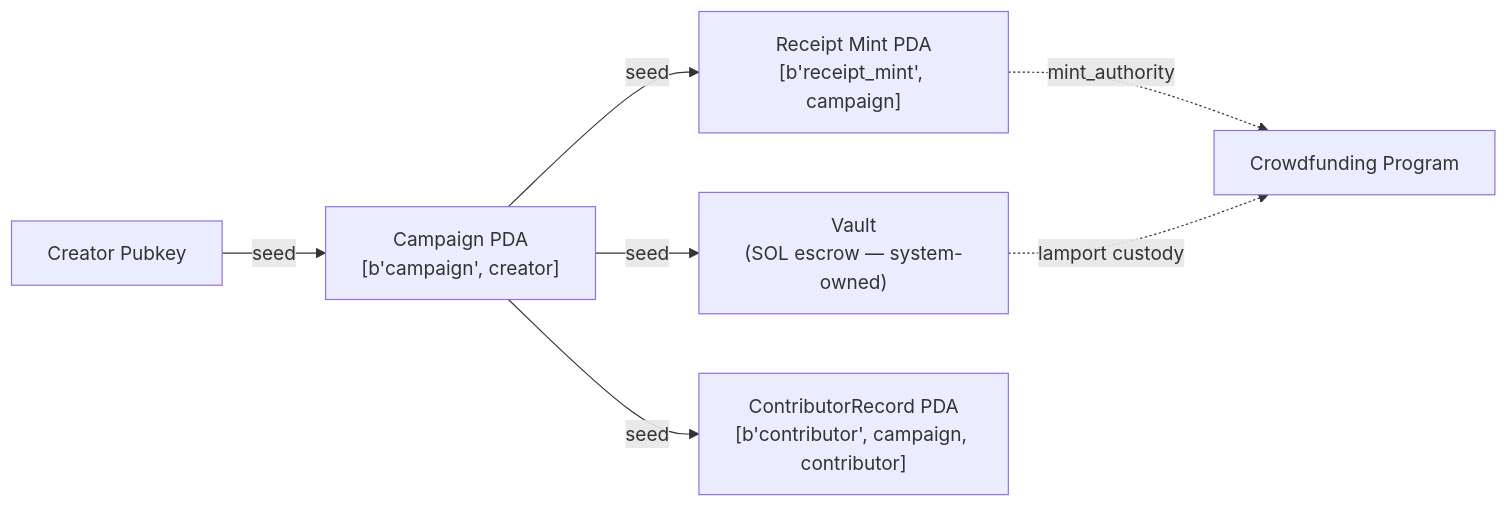
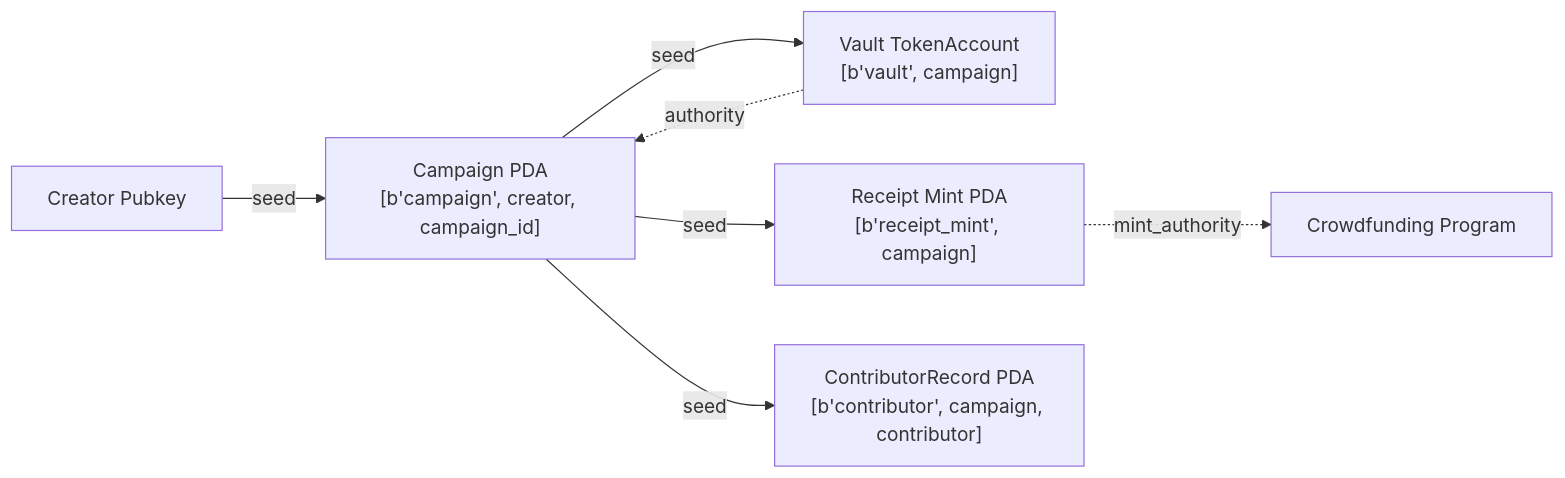
One commit to wesely1996/multi-chain-crowdfunding-analyses changed the second of 2 diagrams in docs/architecture.md. Above: the diagram before and after it, drawn with Mermaid. The commit also changed other lines of this file and 3 other files, not shown here.

````diff
--- a/docs/architecture.md
+++ b/docs/architecture.md
@@ -230,10 +275,10 @@
 ```mermaid
 graph LR
-    Creator["Creator Pubkey"] -->|seed| CampaignPDA["Campaign PDA\n[b'campaign', creator]"]
-    CampaignPDA -->|seed| Vault["Vault\n(SOL escrow — system-owned)"]
+    Creator["Creator Pubkey"] -->|seed| CampaignPDA["Campaign PDA\n[b'campaign', creator, campaign_id]"]
+    CampaignPDA -->|seed| Vault["Vault TokenAccount\n[b'vault', campaign]"]
     CampaignPDA -->|seed| ReceiptMint["Receipt Mint PDA\n[b'receipt_mint', campaign]"]
     CampaignPDA -->|seed| ContributorPDA["ContributorRecord PDA\n[b'contributor', campaign, contributor]"]
 
     ReceiptMint -.->|mint_authority| CrowdfundingProgram["Crowdfunding Program"]
-    Vault -.->|lamport custody| CrowdfundingProgram
+    Vault -.->|authority| CampaignPDA
 ```
````
